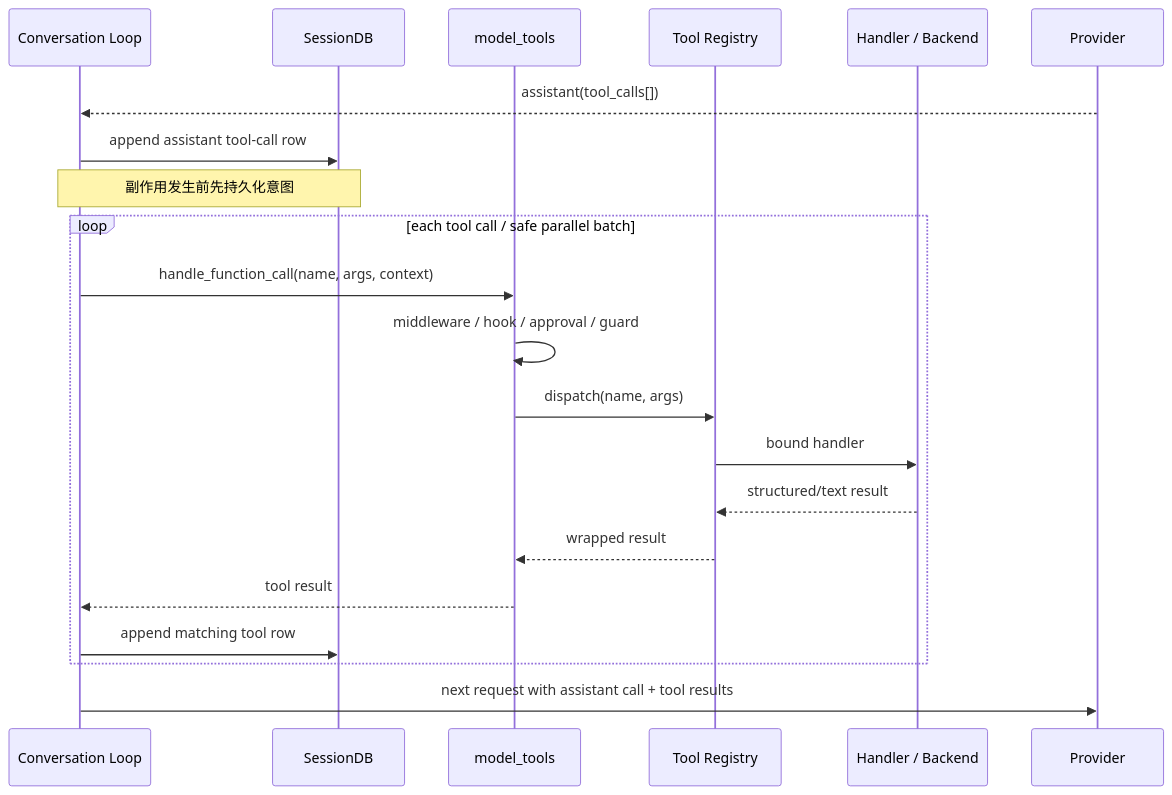
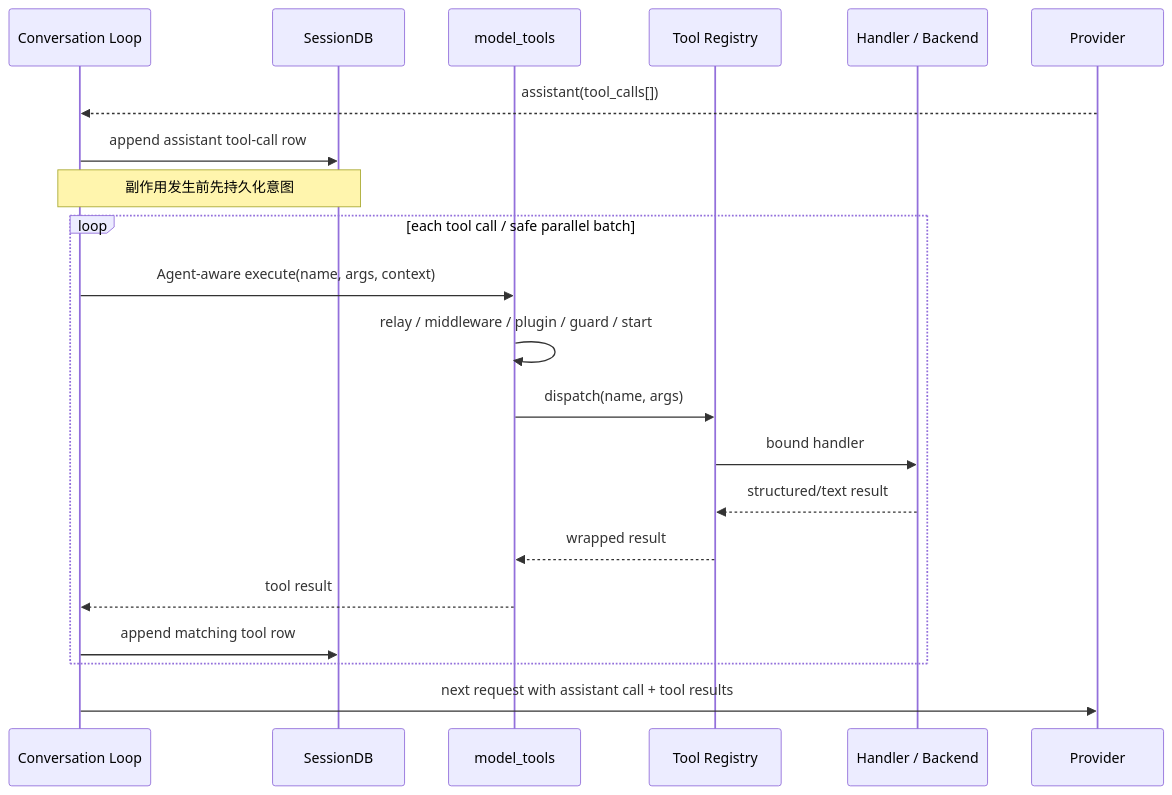
One commit to Carrie111998/Hermes changed the second of 2 diagrams in docs/research/hermes-agent/architecture/data-flow.md. Above: the diagram before and after it, drawn with Mermaid. The commit also changed other lines of this file and 7 other files, not shown here.

````diff
--- a/docs/research/hermes-agent/architecture/data-flow.md
+++ b/docs/research/hermes-agent/architecture/data-flow.md
@@ -161,24 +161,24 @@
 ```mermaid
 sequenceDiagram
     participant L as Conversation Loop
     participant D as SessionDB
     participant M as model_tools
     participant R as Tool Registry
     participant H as Handler / Backend
     participant P as Provider
 
     P-->>L: assistant(tool_calls[])
     L->>D: append assistant tool-call row
     Note over L,D: 副作用发生前先持久化意图
     loop each tool call / safe parallel batch
-        L->>M: handle_function_call(name, args, context)
-        M->>M: middleware / hook / approval / guard
+        L->>M: Agent-aware execute(name, args, context)
+        M->>M: relay / middleware / plugin / guard / start
         M->>R: dispatch(name, args)
         R->>H: bound handler
         H-->>R: structured/text result
         R-->>M: wrapped result
         M-->>L: tool result
         L->>D: append matching tool row
     end
     L->>P: next request with assistant call + tool results
 ```
````
